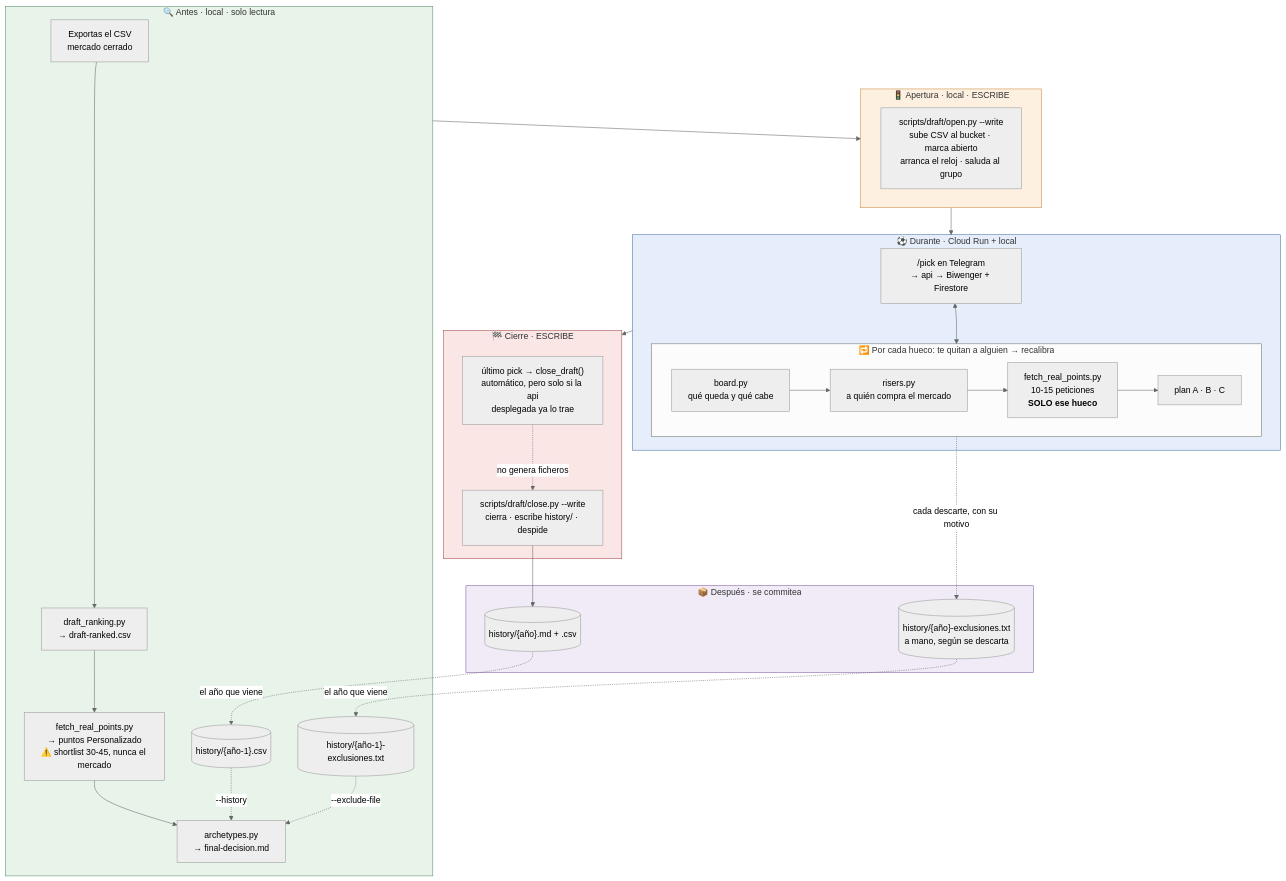
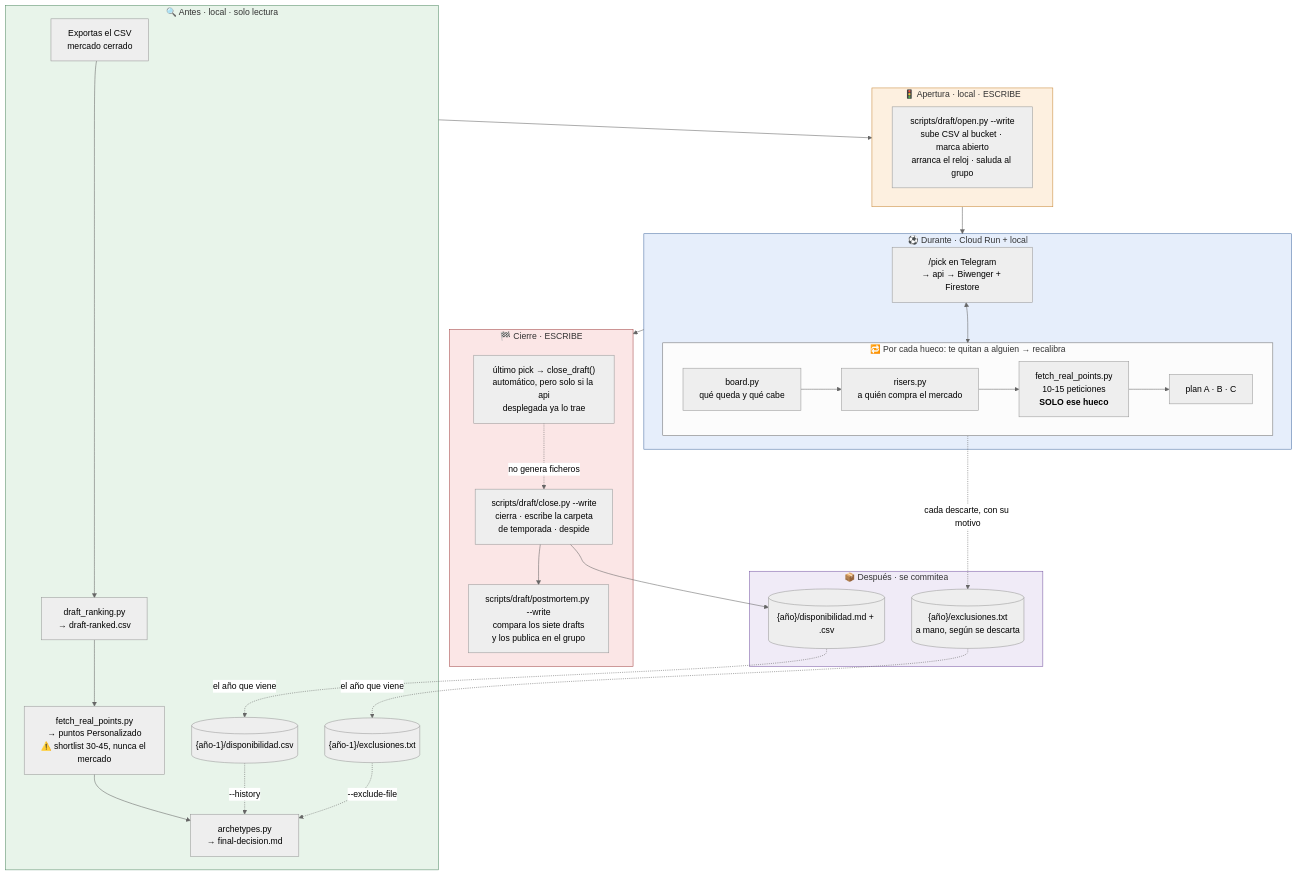
One commit to jorgelillo7/lillorepo changed the diagram in packages/biwenger_tools/.claude/skills/draft/SKILL.md. Above: the diagram before and after it, drawn with Mermaid (neutral theme). The commit also changed other lines of this file and 29 other files, not shown here.

````diff
--- a/packages/biwenger_tools/.claude/skills/draft/SKILL.md
+++ b/packages/biwenger_tools/.claude/skills/draft/SKILL.md
@@ -21,48 +21,50 @@
 ```mermaid
 flowchart TD
     subgraph PREP["🔍 Antes · local · solo lectura"]
         CSV["Exportas el CSV<br/>mercado cerrado"] --> RANK["draft_ranking.py<br/>→ draft-ranked.csv"]
         RANK --> REAL["fetch_real_points.py<br/>→ puntos Personalizado<br/>⚠️ shortlist 30-45, nunca el mercado"]
         REAL --> ARCH["archetypes.py<br/>→ final-decision.md"]
-        HIST[("history/{año-1}.csv")] -.->|--history| ARCH
-        EXCL[("history/{año-1}-exclusiones.txt")] -.->|--exclude-file| ARCH
+        HIST[("{año-1}/disponibilidad.csv")] -.->|--history| ARCH
+        EXCL[("{año-1}/exclusiones.txt")] -.->|--exclude-file| ARCH
     end
 
     subgraph OPEN["🚦 Apertura · local · ESCRIBE"]
         OP["scripts/draft/open.py --write<br/>sube CSV al bucket · marca abierto<br/>arranca el reloj · saluda al grupo"]
     end
 
     subgraph LIVE["⚽ Durante · Cloud Run + local"]
         BOT["/pick en Telegram<br/>→ api → Biwenger + Firestore"]
         subgraph LOOP["🔁 Por cada hueco: te quitan a alguien → recalibra"]
             direction LR
             L1["board.py<br/>qué queda y qué cabe"] --> L2["risers.py<br/>a quién compra el mercado"]
             L2 --> L3["fetch_real_points.py<br/>10-15 peticiones<br/><b>SOLO ese hueco</b>"]
             L3 --> L4["plan A · B · C"]
         end
         BOT <--> LOOP
     end
 
     subgraph CLOSE["🏁 Cierre · ESCRIBE"]
         AUTO["último pick → close_draft()<br/>automático, pero solo si la api<br/>desplegada ya lo trae"]
-        MAN["scripts/draft/close.py --write<br/>cierra · escribe history/ · despide"]
+        MAN["scripts/draft/close.py --write<br/>cierra · escribe la carpeta<br/>de temporada · despide"]
+        POST["scripts/draft/postmortem.py --write<br/>compara los siete drafts<br/>y los publica en el grupo"]
+        MAN --> POST
     end
 
     subgraph AFTER["📦 Después · se commitea"]
-        OUT[("history/{año}.md + .csv")]
-        VETO[("history/{año}-exclusiones.txt<br/>a mano, según se descarta")]
+        OUT[("{año}/disponibilidad.md + .csv")]
+        VETO[("{año}/exclusiones.txt<br/>a mano, según se descarta")]
     end
 
     PREP --> OPEN --> LIVE --> CLOSE
     AUTO -.->|"no genera ficheros"| MAN
     MAN --> OUT
     LOOP -.->|"cada descarte, con su motivo"| VETO
     OUT -.->|"el año que viene"| HIST
     VETO -.->|"el año que viene"| EXCL
 
     style PREP fill:#e8f4ea,stroke:#5a8f6b
     style OPEN fill:#fdf0e0,stroke:#c98a3a
     style LIVE fill:#e6eefb,stroke:#4a6fa5
     style CLOSE fill:#fbe6e6,stroke:#a54a4a
     style AFTER fill:#f0ebf7,stroke:#7a5aa5
 ```
````
